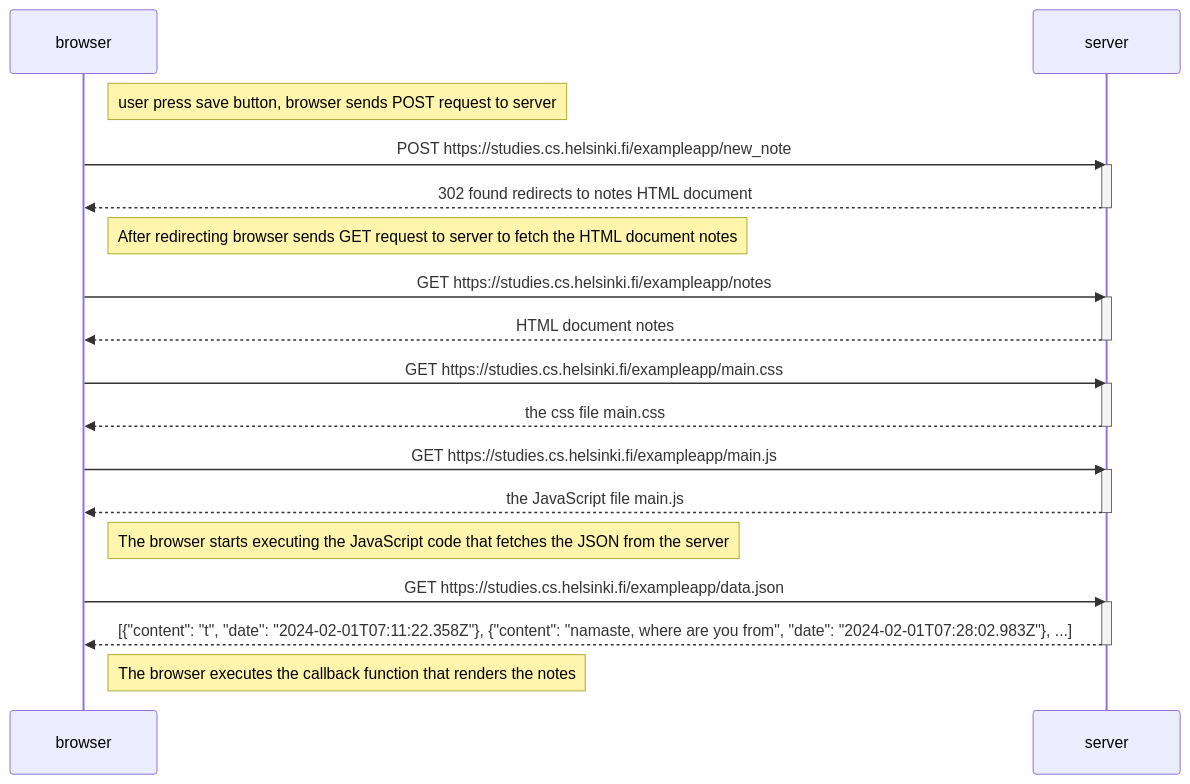
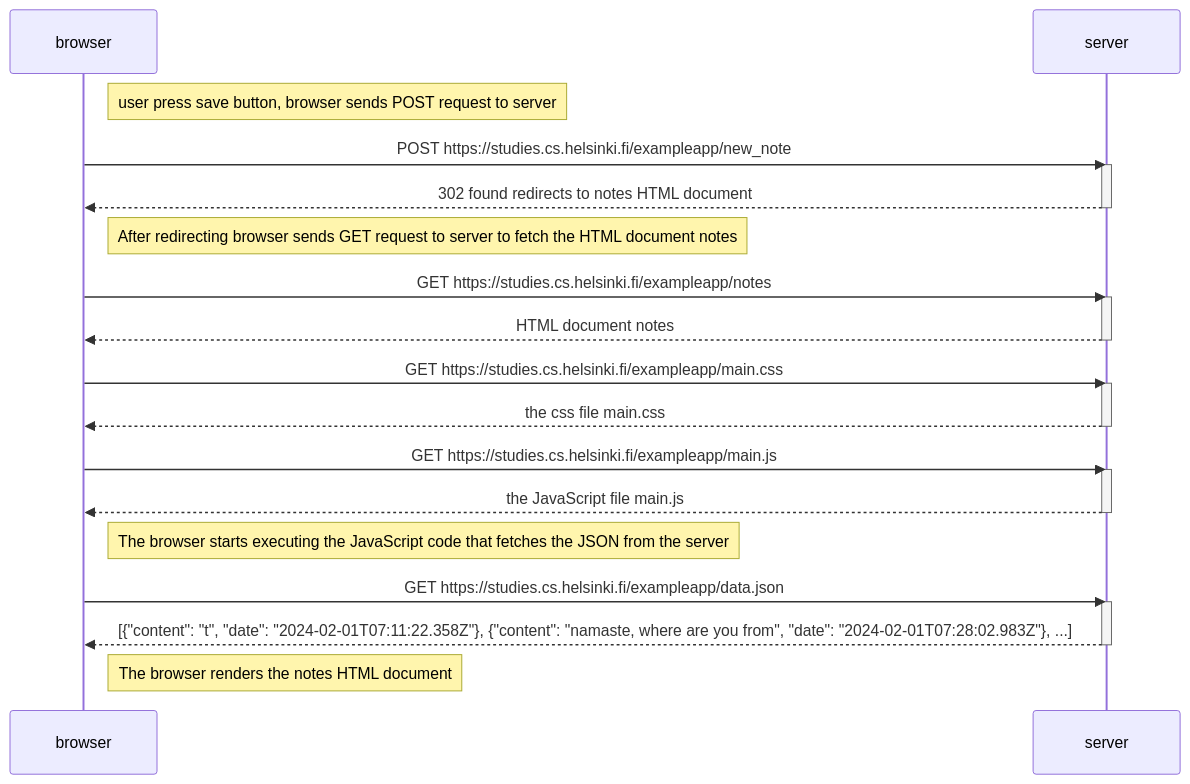
The diagram in part0/0.4.uusi_muistiinpano.md (opturtio/FullStackOpen), drawn with Mermaid before and after one commit. The commit also changed 1 other file, not shown here.

Commit message:
exercise 0.5 done and fixing exercise 0.4

````diff
--- a/part0/0.4.uusi_muistiinpano.md
+++ b/part0/0.4.uusi_muistiinpano.md
@@ -3,36 +3,36 @@
 ```mermaid
 sequenceDiagram
     participant browser
     participant server
 
     Note right of browser: user press save button, browser sends POST request to server 
     browser->>server: POST https://studies.cs.helsinki.fi/exampleapp/new_note
     activate server
     server-->>browser: 302 found redirects to notes HTML document
     deactivate server
 
     Note right of browser: After redirecting browser sends GET request to server to fetch the HTML document notes
     browser->>server: GET https://studies.cs.helsinki.fi/exampleapp/notes
     activate server
     server-->>browser: HTML document notes
     deactivate server
 
     browser->>server: GET https://studies.cs.helsinki.fi/exampleapp/main.css
     activate server
     server-->>browser: the css file main.css
     deactivate server
 
     browser->>server: GET https://studies.cs.helsinki.fi/exampleapp/main.js
     activate server
     server-->>browser: the JavaScript file main.js
     deactivate server
 
     Note right of browser: The browser starts executing the JavaScript code that fetches the JSON from the server
     
     browser->>server: GET https://studies.cs.helsinki.fi/exampleapp/data.json
     activate server
     server-->>browser: [{"content": "t", "date": "2024-02-01T07:11:22.358Z"}, {"content": "namaste, where are you from", "date": "2024-02-01T07:28:02.983Z"}, ...]
     deactivate server    
 
-    Note right of browser: The browser executes the callback function that renders the notes
+    Note right of browser: The browser renders the notes HTML document
 ```
````
